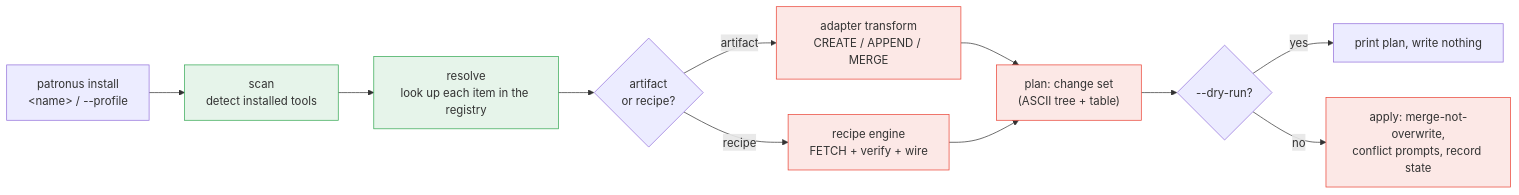
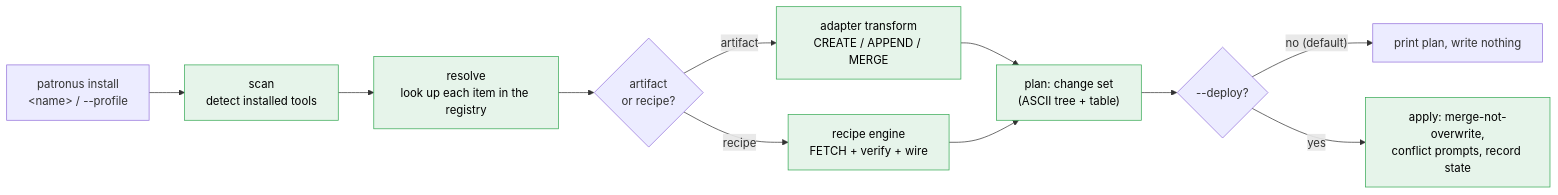
One commit to darkquasar/patronus changed the sixth of 6 diagrams in README.md. Above: the diagram before and after it, drawn with Mermaid. The commit also changed other lines of this file and 17 other files, not shown here.

````diff
--- a/README.md
+++ b/README.md
@@ -204,18 +204,16 @@
 ```mermaid
 flowchart LR
     A["patronus install<br/>&lt;name&gt; / --profile"] --> B["scan<br/>detect installed tools"]
     B --> C["resolve<br/>look up each item in the registry"]
     C --> D{"artifact<br/>or recipe?"}
     D -->|artifact| E["adapter transform<br/>CREATE / APPEND / MERGE"]
     D -->|recipe| F["recipe engine<br/>FETCH + verify + wire"]
     E --> G["plan: change set<br/>(ASCII tree + table)"]
     F --> G
-    G --> H{"--dry-run?"}
-    H -->|yes| I["print plan, write nothing"]
-    H -->|no| J["apply: merge-not-overwrite,<br/>conflict prompts, record state"]
+    G --> H{"--deploy?"}
+    H -->|"no (default)"| I["print plan, write nothing"]
+    H -->|yes| J["apply: merge-not-overwrite,<br/>conflict prompts, record state"]
 
-    classDef cur fill:#e6f4ea,stroke:#34a853;
-    classDef todo fill:#fce8e6,stroke:#ea4335;
-    class B,C cur
-    class E,F,G,J todo
+    classDef cur fill:#e6f4ea,stroke:#34a853,color:#000;
+    class B,C,E,F,G,J cur
 ```
````
